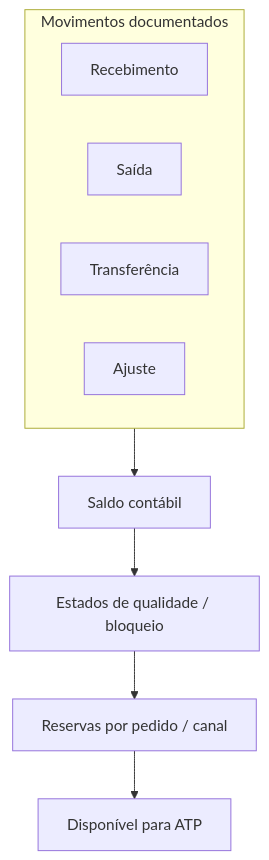
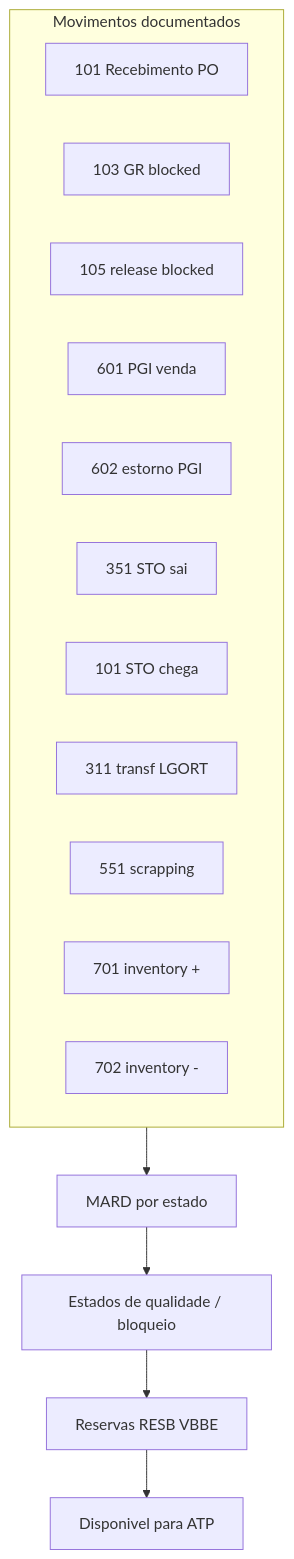
Before and after one commit to cleberhensel/logisticon-academy: the first of 2 diagrams in aulas/trilha-tecnologia-e-sistemas/modulo-02-erp-aplicado-supply-chain/aula-02-stock-movimentos.md, drawn with Mermaid. The commit also changed other lines of this file and 122 other files, not shown here.

````diff
--- a/aulas/trilha-tecnologia-e-sistemas/modulo-02-erp-aplicado-supply-chain/aula-02-stock-movimentos.md
+++ b/aulas/trilha-tecnologia-e-sistemas/modulo-02-erp-aplicado-supply-chain/aula-02-stock-movimentos.md
@@ -41,17 +115,21 @@
 ```mermaid
 flowchart TB
   subgraph mov["Movimentos documentados"]
-    R[Recebimento]
-    S[Saída]
-    T[Transferência]
-    A[Ajuste]
+    R101[101 Recebimento PO]
+    R103[103 GR blocked]
+    R105[105 release blocked]
+    S601[601 PGI venda]
+    S602[602 estorno PGI]
+    T351[351 STO sai]
+    T101D[101 STO chega]
+    T311[311 transf LGORT]
+    A551[551 scrapping]
+    A701[701 inventory +]
+    A702[702 inventory -]
   end
-  Saldo[Saldo contábil]
+  Saldo[MARD por estado]
   Qual[Estados de qualidade / bloqueio]
-  Res[Reservas por pedido / canal]
-  ATP[Disponível para ATP]
-  mov --> Saldo
-  Saldo --> Qual
-  Qual --> Res
-  Res --> ATP
+  Res[Reservas RESB VBBE]
+  ATP[Disponivel para ATP]
+  mov --> Saldo --> Qual --> Res --> ATP
 ```
````
